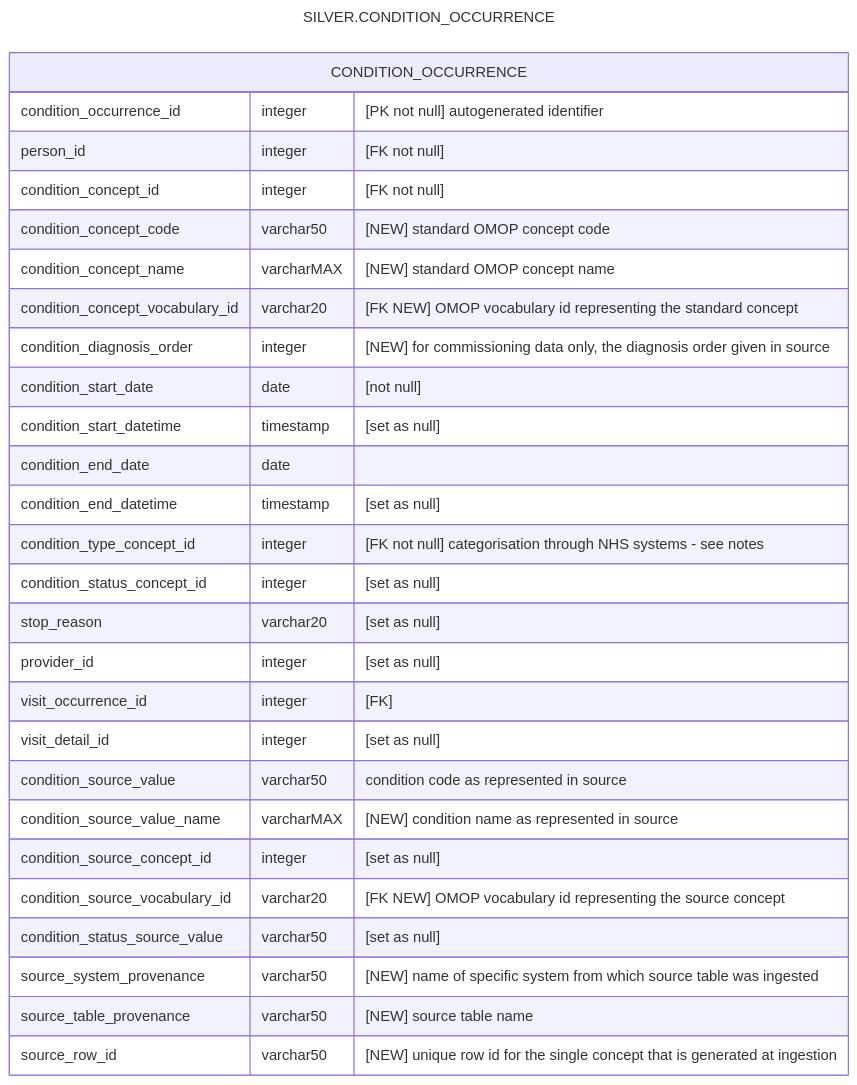
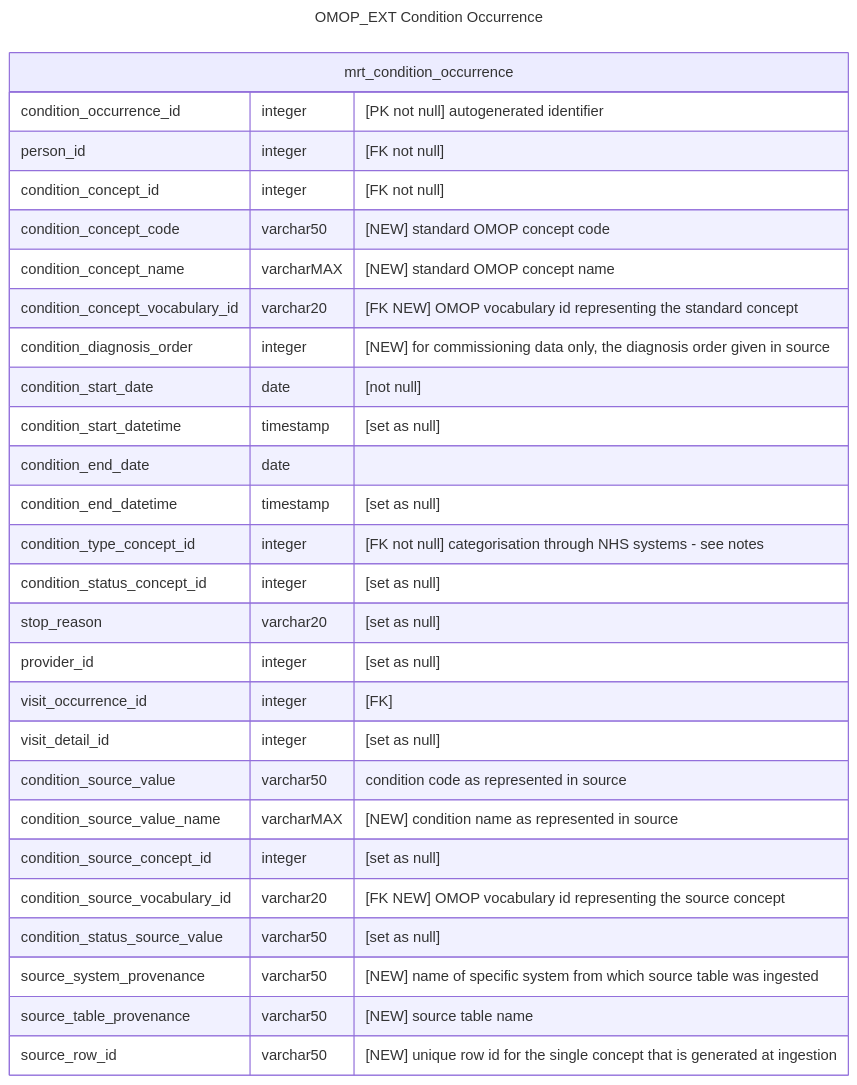
The second of 3 diagrams in src/pages/data_model/cdm_condition_occurrence.qmd (d3london/sde_aic_external_docs), drawn with Mermaid before and after one commit. The commit also changed other lines of this file and 2 other files, not shown here.

````diff
--- a/src/pages/data_model/cdm_condition_occurrence.qmd
+++ b/src/pages/data_model/cdm_condition_occurrence.qmd
@@ -41,33 +69,33 @@
 ```{mermaid}
 ---
-title: SILVER.CONDITION_OCCURRENCE
+title: OMOP_EXT Condition Occurrence
 ---
 erDiagram
-    CONDITION_OCCURRENCE {
+    mrt_condition_occurrence {
         condition_occurrence_id integer "[PK not null] autogenerated identifier"
         person_id integer "[FK not null]"
         condition_concept_id integer "[FK not null]"
         condition_concept_code varchar50 "[NEW] standard OMOP concept code"
         condition_concept_name varcharMAX "[NEW] standard OMOP concept name"
         condition_concept_vocabulary_id varchar20 "[FK NEW] OMOP vocabulary id representing the standard concept"
         condition_diagnosis_order integer "[NEW] for commissioning data only, the diagnosis order given in source"
         condition_start_date date "[not null]"
         condition_start_datetime timestamp "[set as null]"
         condition_end_date date
         condition_end_datetime timestamp "[set as null]"
         condition_type_concept_id integer "[FK not null] categorisation through NHS systems - see notes"
         condition_status_concept_id integer "[set as null]"
         stop_reason varchar20 "[set as null]"
         provider_id integer "[set as null]"
         visit_occurrence_id integer "[FK]"
         visit_detail_id integer "[set as null]"      
         condition_source_value varchar50 "condition code as represented in source"
         condition_source_value_name varcharMAX "[NEW] condition name as represented in source"
         condition_source_concept_id integer "[set as null]"          
         condition_source_vocabulary_id varchar20 "[FK NEW] OMOP vocabulary id representing the source concept"
         condition_status_source_value varchar50 "[set as null]"
         source_system_provenance varchar50 "[NEW] name of specific system from which source table was ingested"
         source_table_provenance varchar50 "[NEW] source table name"
         source_row_id varchar50 "[NEW] unique row id for the single concept that is generated at ingestion"
     }
 ```
````
